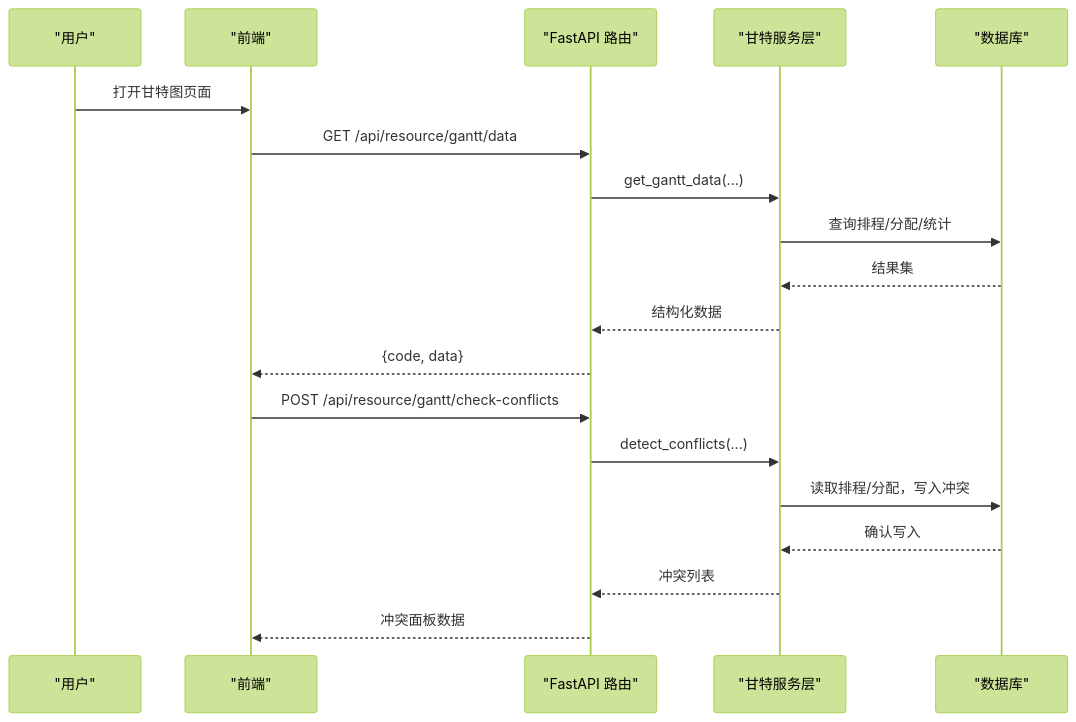
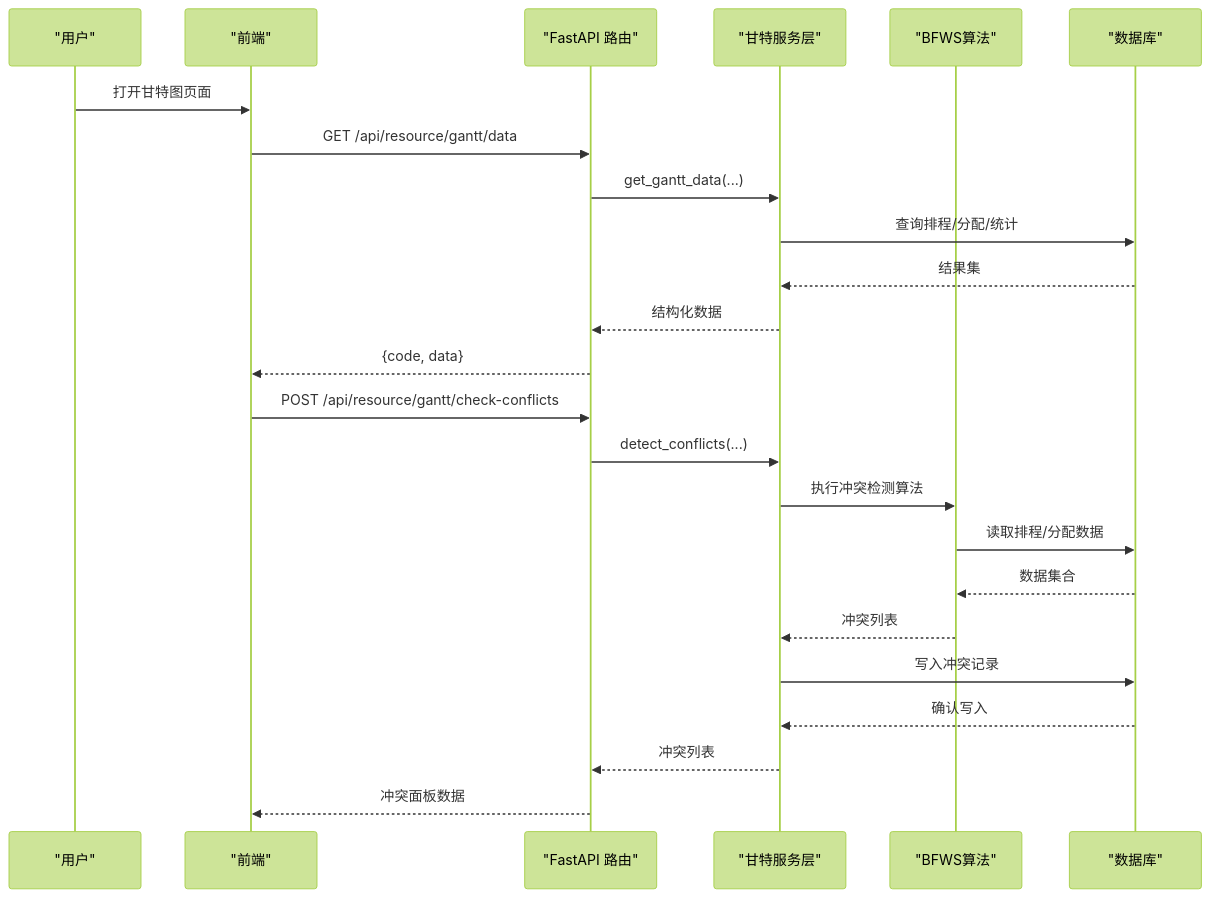
Before and after one commit to JiaStan/shizhi_system_df: the second of 4 diagrams in .qoder/repowiki/zh/content/资源管理模块/甘特图排程.md, drawn with Mermaid (forest theme). The commit also changed other lines of this file and 53 other files, not shown here.

````diff
--- a/.qoder/repowiki/zh/content/资源管理模块/甘特图排程.md
+++ b/.qoder/repowiki/zh/content/资源管理模块/甘特图排程.md
@@ -69,21 +83,26 @@
 ```mermaid
 sequenceDiagram
 participant U as "用户"
 participant FE as "前端"
 participant API as "FastAPI 路由"
 participant SVC as "甘特服务层"
+participant BFWS as "BFWS算法"
 participant DB as "数据库"
 U->>FE : 打开甘特图页面
 FE->>API : GET /api/resource/gantt/data
 API->>SVC : get_gantt_data(...)
 SVC->>DB : 查询排程/分配/统计
 DB-->>SVC : 结果集
 SVC-->>API : 结构化数据
 API-->>FE : {code, data}
 FE->>API : POST /api/resource/gantt/check-conflicts
 API->>SVC : detect_conflicts(...)
-SVC->>DB : 读取排程/分配，写入冲突
+SVC->>BFWS : 执行冲突检测算法
+BFWS->>DB : 读取排程/分配数据
+DB-->>BFWS : 数据集合
+BFWS-->>SVC : 冲突列表
+SVC->>DB : 写入冲突记录
 DB-->>SVC : 确认写入
 SVC-->>API : 冲突列表
 API-->>FE : 冲突面板数据
 ```
````
